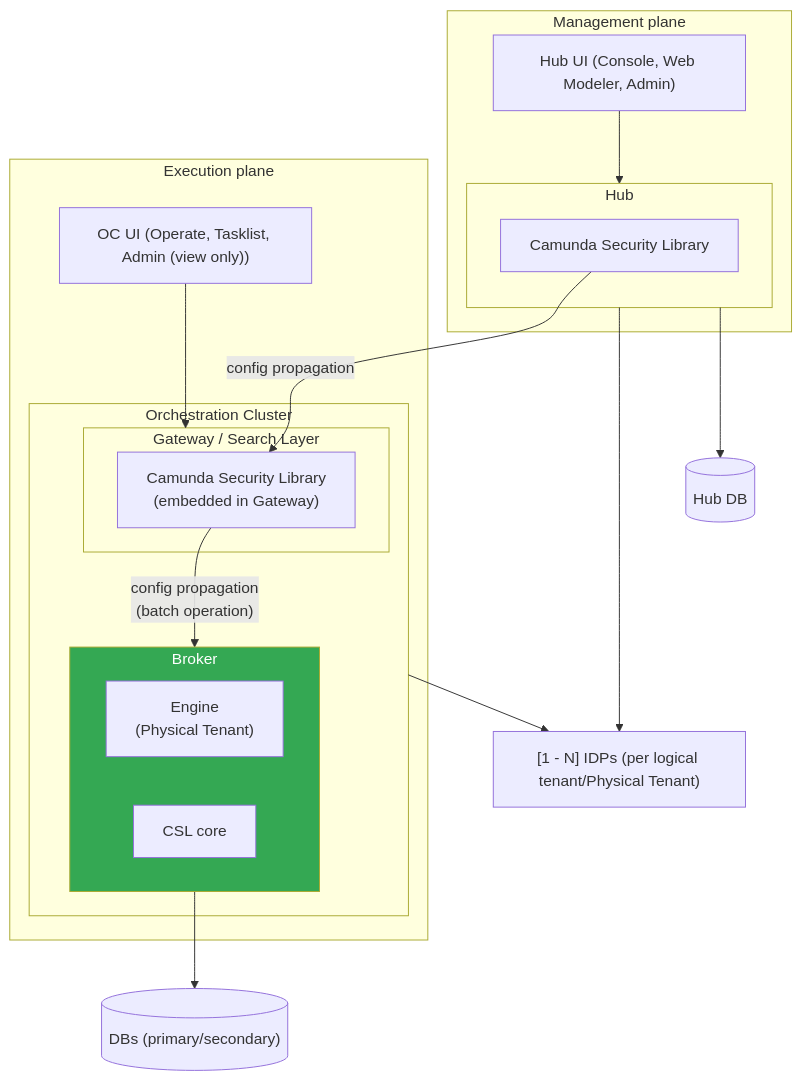
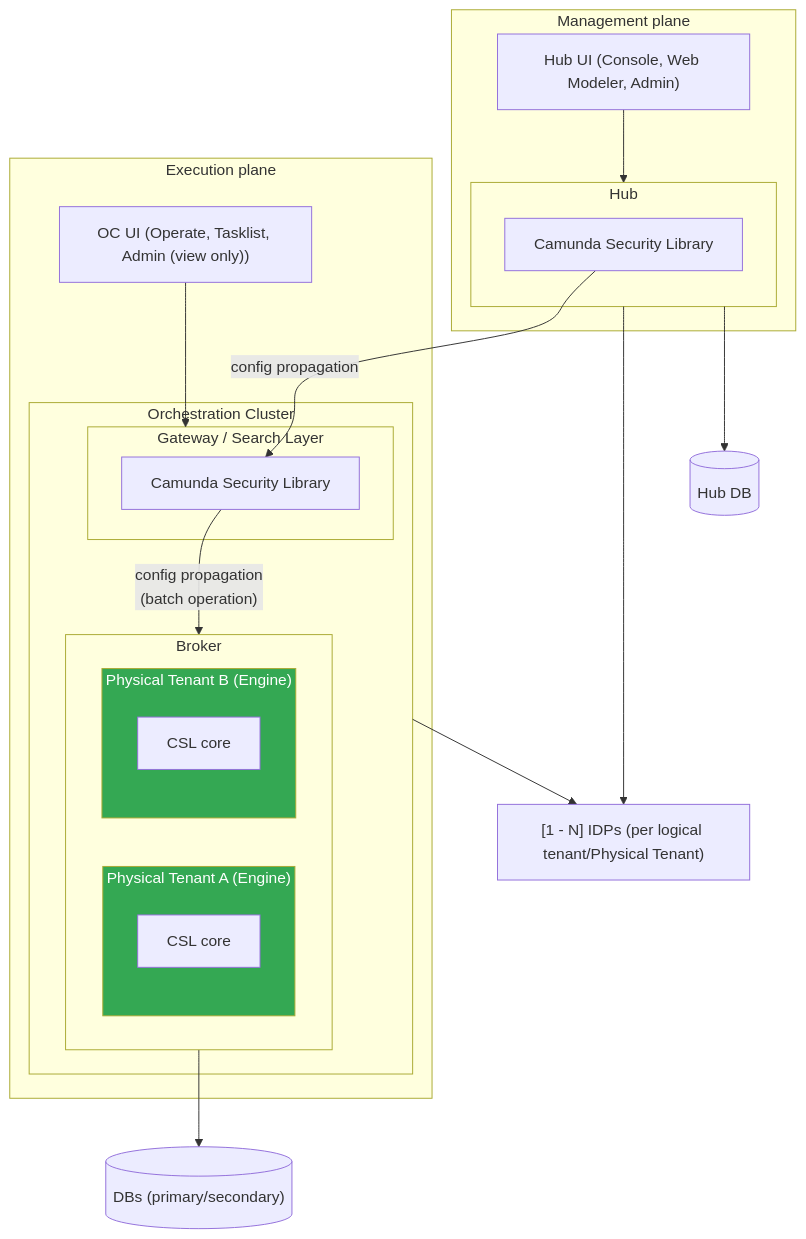
The first of 8 diagrams in docs/architecture/05-building-block-view.md (camunda/camunda-security-library), drawn with Mermaid before and after one commit. The commit also changed other lines of this file, not shown here.

First line of the commit message:
docs(architecture): nest CSL core inside Physical Tenants in building-block diagrams

````diff
--- a/docs/architecture/05-building-block-view.md
+++ b/docs/architecture/05-building-block-view.md
@@ -15,42 +15,47 @@
 ```mermaid
 flowchart TB
   subgraph Mgmt["Management plane"]
     HubUi["Hub UI (Console, Web Modeler, Admin)"]
 
     subgraph Hub["Hub"]
       SecGatHub["Camunda Security Library"]
     end
 
     HubUi --> Hub
   end
 
   subgraph Execution["Execution plane"]
     OcUi["OC UI (Operate, Tasklist, Admin (view only))"]
 
     subgraph OC["Orchestration Cluster"]
       subgraph GatewayLayer["Gateway / Search Layer"]
-        SecGatOC["Camunda Security Library</br>(embedded in Gateway)"]
+        SecGatOC["Camunda Security Library"]
       end
 
       subgraph Broker["Broker"]
-        Engine["Engine</br>(Physical Tenant)"]
-        CslCore["CSL core"]
+        subgraph PtA["Physical Tenant A (Engine)"]
+          CslCoreA["CSL core"]
+        end
+        subgraph PtB["Physical Tenant B (Engine)"]
+          CslCoreB["CSL core"]
+        end
       end
 
       SecGatOC -->|"config propagation</br>(batch operation)"| Broker
     end
 
     OcUi --> GatewayLayer
   end
 
   IdPs["[1 - N] IDPs (per logical tenant/Physical Tenant)"]
   DBs[("DBs (primary/secondary)")]
   HubDb[("Hub DB")]
 
   SecGatHub -->|"config propagation"| SecGatOC
   Broker --> DBs
   OC & Hub --> IdPs
   Hub --> HubDb
 
-  style Broker fill:#34a853,color:#fff
+  style PtA fill:#34a853,color:#fff
+  style PtB fill:#34a853,color:#fff
 ```
````
